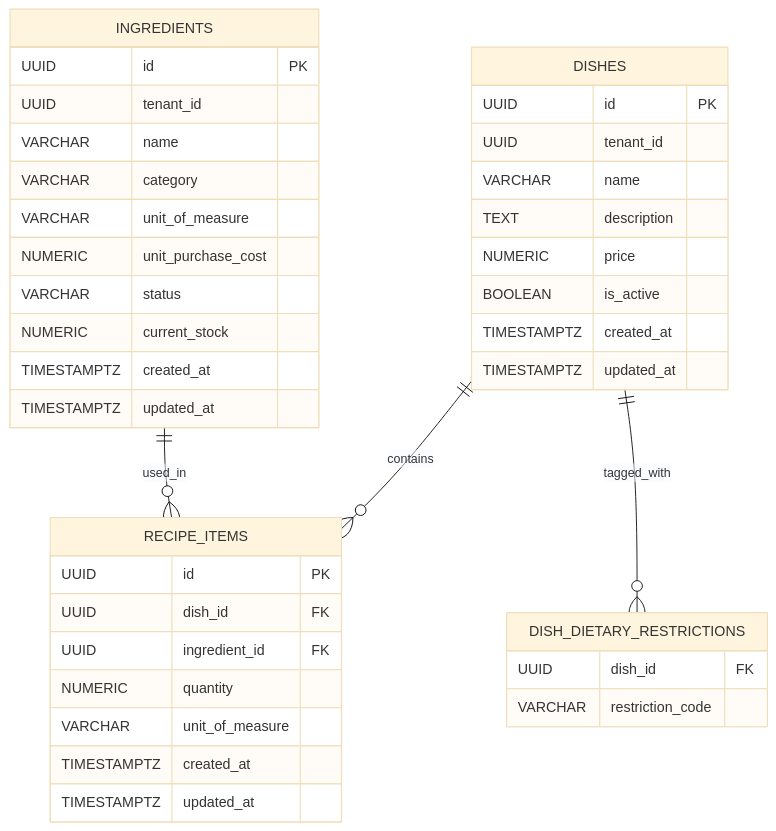
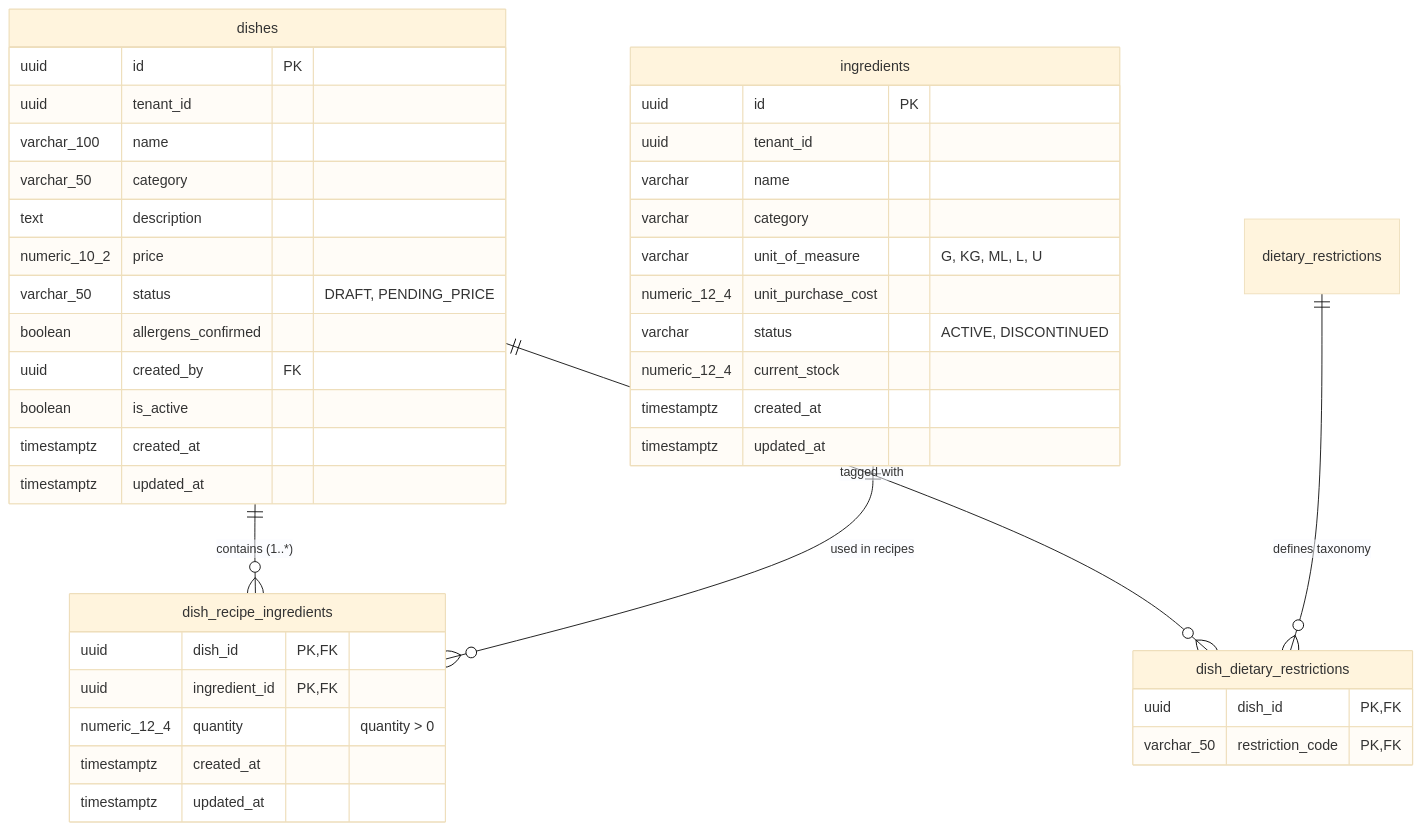
The diagram in specs/006-recipe-food-cost/data-model.md (ValentinoCarmonaS/G12---GDSI), drawn with Mermaid (base theme) before and after one commit. The commit also changed other lines of this file and 5 other files, not shown here.

Commit message:
docs(006): reconcile all spec artifacts with spec 005 schema (dish_recipe_ingredients, PENDING_PRICE gate, 3NF formula)

````diff
--- a/specs/006-recipe-food-cost/data-model.md
+++ b/specs/006-recipe-food-cost/data-model.md
@@ -13,45 +13,48 @@
 ```mermaid
 erDiagram
-    DISHES ||--o{ RECIPE_ITEMS : "contains"
-    INGREDIENTS ||--o{ RECIPE_ITEMS : "used_in"
-    DISHES ||--o{ DISH_DIETARY_RESTRICTIONS : "tagged_with"
+    dishes ||--o{ dish_recipe_ingredients : "contains (1..*)"
+    ingredients ||--o{ dish_recipe_ingredients : "used in recipes"
+    dishes ||--o{ dish_dietary_restrictions : "tagged with"
+    dietary_restrictions ||--o{ dish_dietary_restrictions : "defines taxonomy"
 
-    DISHES {
-        UUID id PK
-        UUID tenant_id
-        VARCHAR name
-        TEXT description
-        NUMERIC price
-        BOOLEAN is_active
-        TIMESTAMPTZ created_at
-        TIMESTAMPTZ updated_at
+    dishes {
+        uuid id PK
+        uuid tenant_id
+        varchar_100 name
+        varchar_50 category
+        text description
+        numeric_10_2 price
+        varchar_50 status "DRAFT, PENDING_PRICE"
+        boolean allergens_confirmed
+        uuid created_by FK
+        boolean is_active
+        timestamptz created_at
+        timestamptz updated_at
     }
 
-    INGREDIENTS {
-        UUID id PK
-        UUID tenant_id
-        VARCHAR name
-        VARCHAR category
-        VARCHAR unit_of_measure
-        NUMERIC unit_purchase_cost
-        VARCHAR status
-        NUMERIC current_stock
-        TIMESTAMPTZ created_at
-        TIMESTAMPTZ updated_at
+    ingredients {
+        uuid id PK
+        uuid tenant_id
+        varchar name
+        varchar category
+        varchar unit_of_measure "G, KG, ML, L, U"
+        numeric_12_4 unit_purchase_cost
+        varchar status "ACTIVE, DISCONTINUED"
+        numeric_12_4 current_stock
+        timestamptz created_at
+        timestamptz updated_at
     }
 
-    RECIPE_ITEMS {
-        UUID id PK
-        UUID dish_id FK
-        UUID ingredient_id FK
-        NUMERIC quantity
-        VARCHAR unit_of_measure
-        TIMESTAMPTZ created_at
-        TIMESTAMPTZ updated_at
+    dish_recipe_ingredients {
+        uuid dish_id PK, FK
+        uuid ingredient_id PK, FK
+        numeric_12_4 quantity "quantity > 0"
+        timestamptz created_at
+        timestamptz updated_at
     }
 
-    DISH_DIETARY_RESTRICTIONS {
-        UUID dish_id FK
-        VARCHAR restriction_code
+    dish_dietary_restrictions {
+        uuid dish_id PK, FK
+        varchar_50 restriction_code PK, FK
     }
 ```
````
